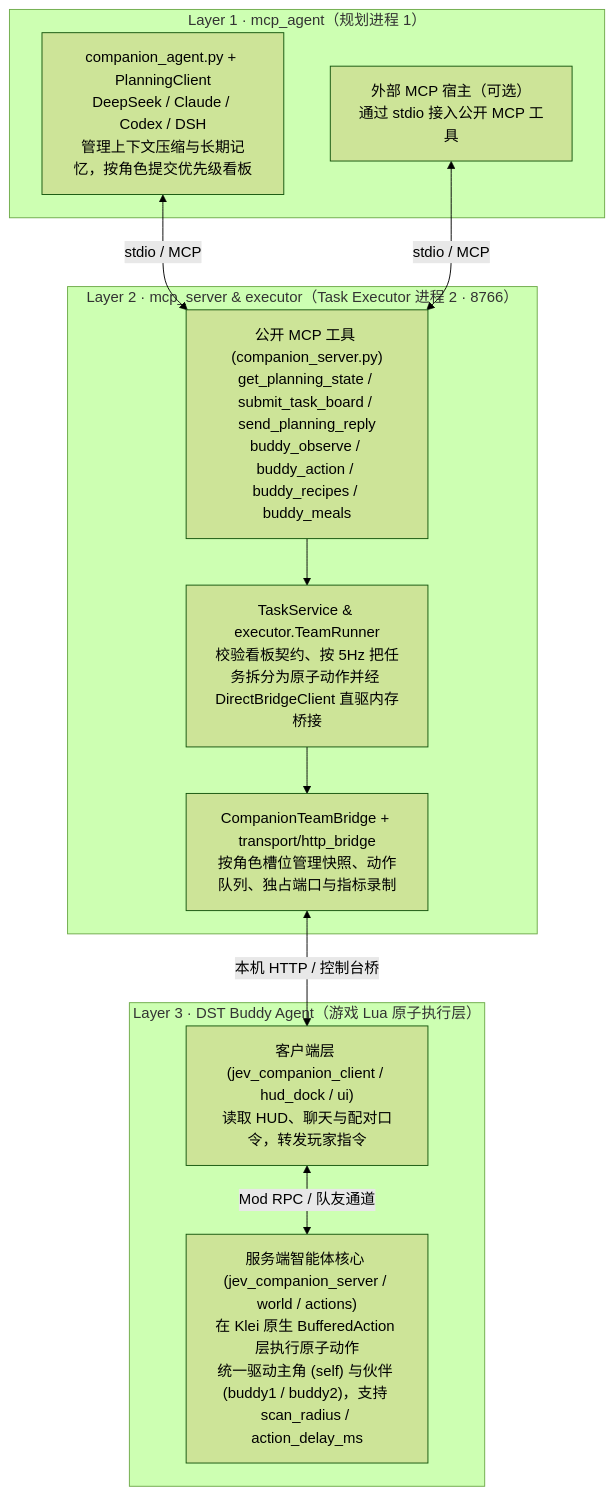
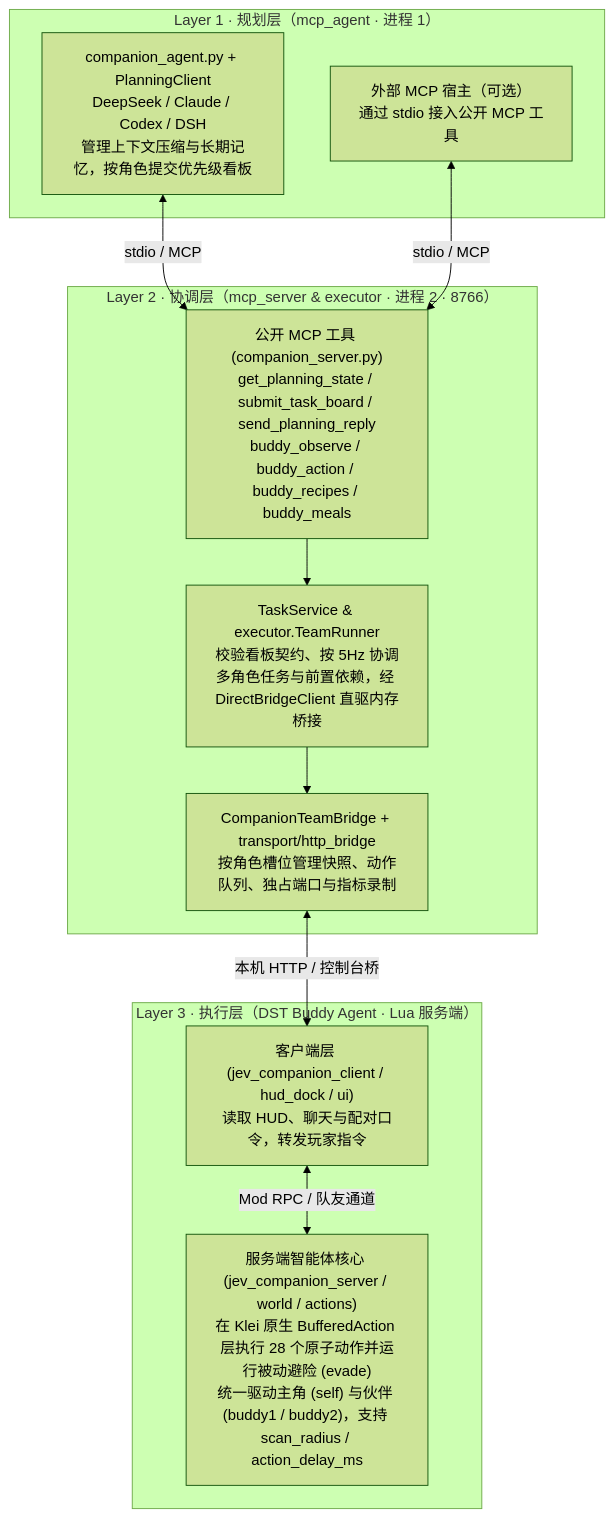
Before and after one commit to wjc1207/DST-Hierarchical-Agent: the diagram in docs/ARCHITECTURE.md, drawn with Mermaid (forest theme). The commit also changed other lines of this file and 31 other files, not shown here.

````diff
--- a/docs/ARCHITECTURE.md
+++ b/docs/ARCHITECTURE.md
@@ -3,25 +3,25 @@
 ```mermaid
 flowchart TB
-    subgraph A["Layer 1 · mcp_agent（规划进程 1）"]
+    subgraph A["Layer 1 · 规划层（mcp_agent · 进程 1）"]
         I["companion_agent.py + PlanningClient<br/>DeepSeek / Claude / Codex / DSH<br/>管理上下文压缩与长期记忆，按角色提交优先级看板"]
         D["外部 MCP 宿主（可选）<br/>通过 stdio 接入公开 MCP 工具"]
     end
 
-    subgraph M["Layer 2 · mcp_server & executor（Task Executor 进程 2 · 8766）"]
+    subgraph M["Layer 2 · 协调层（mcp_server & executor · 进程 2 · 8766）"]
         T["公开 MCP 工具 (companion_server.py)<br/>get_planning_state / submit_task_board / send_planning_reply<br/>buddy_observe / buddy_action / buddy_recipes / buddy_meals"]
-        S["TaskService & executor.TeamRunner<br/>校验看板契约、按 5Hz 把任务拆分为原子动作并经 DirectBridgeClient 直驱内存桥接"]
+        S["TaskService & executor.TeamRunner<br/>校验看板契约、按 5Hz 协调多角色任务与前置依赖，经 DirectBridgeClient 直驱内存桥接"]
         B["CompanionTeamBridge + transport/http_bridge<br/>按角色槽位管理快照、动作队列、独占端口与指标录制"]
         T --> S
         S --> B
     end
 
-    subgraph G["Layer 3 · DST Buddy Agent（游戏 Lua 原子执行层）"]
+    subgraph G["Layer 3 · 执行层（DST Buddy Agent · Lua 服务端）"]
         BC["客户端层 (jev_companion_client / hud_dock / ui)<br/>读取 HUD、聊天与配对口令，转发玩家指令"]
-        BS["服务端智能体核心 (jev_companion_server / world / actions)<br/>在 Klei 原生 BufferedAction 层执行原子动作<br/>统一驱动主角 (self) 与伙伴 (buddy1 / buddy2)，支持 scan_radius / action_delay_ms"]
+        BS["服务端智能体核心 (jev_companion_server / world / actions)<br/>在 Klei 原生 BufferedAction 层执行 28 个原子动作并运行被动避险 (evade)<br/>统一驱动主角 (self) 与伙伴 (buddy1 / buddy2)，支持 scan_radius / action_delay_ms"]
         BC <-->|"Mod RPC / 队友通道"| BS
     end
 
     I <-->|"stdio / MCP"| T
     D <-->|"stdio / MCP"| T
     B <-->|"本机 HTTP / 控制台桥"| BC
 ```
````
